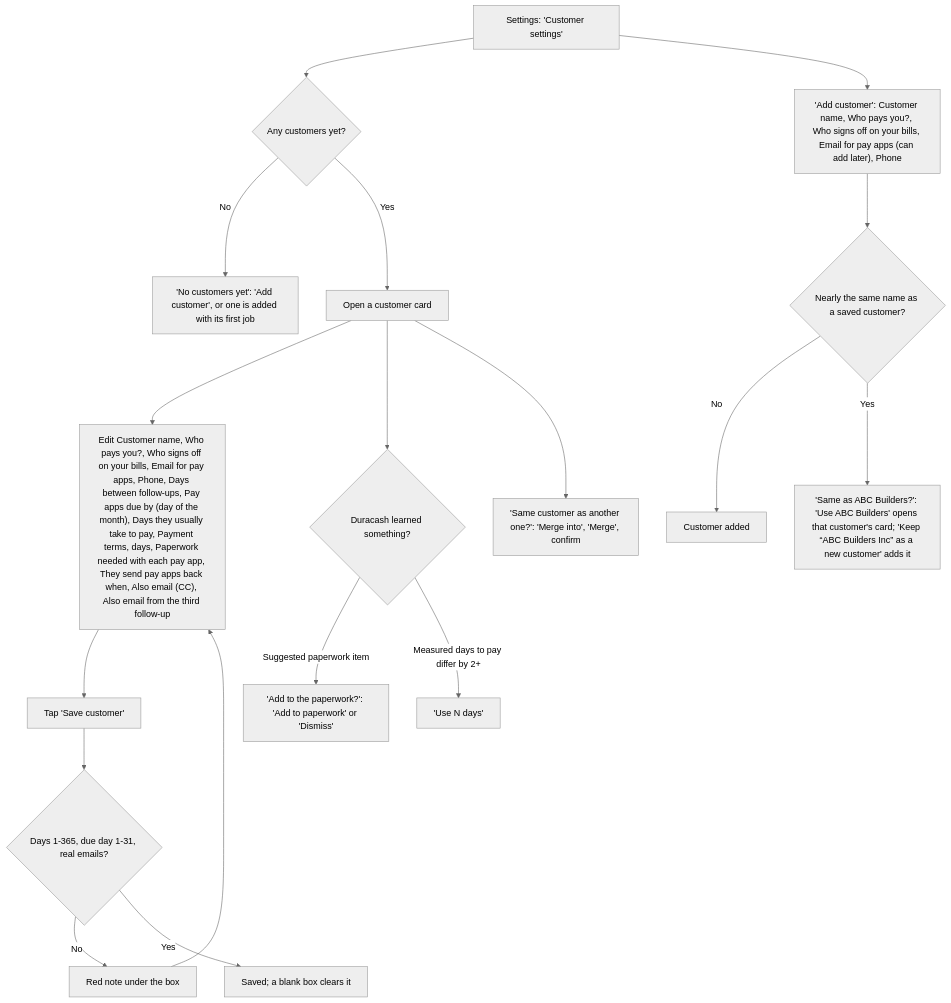
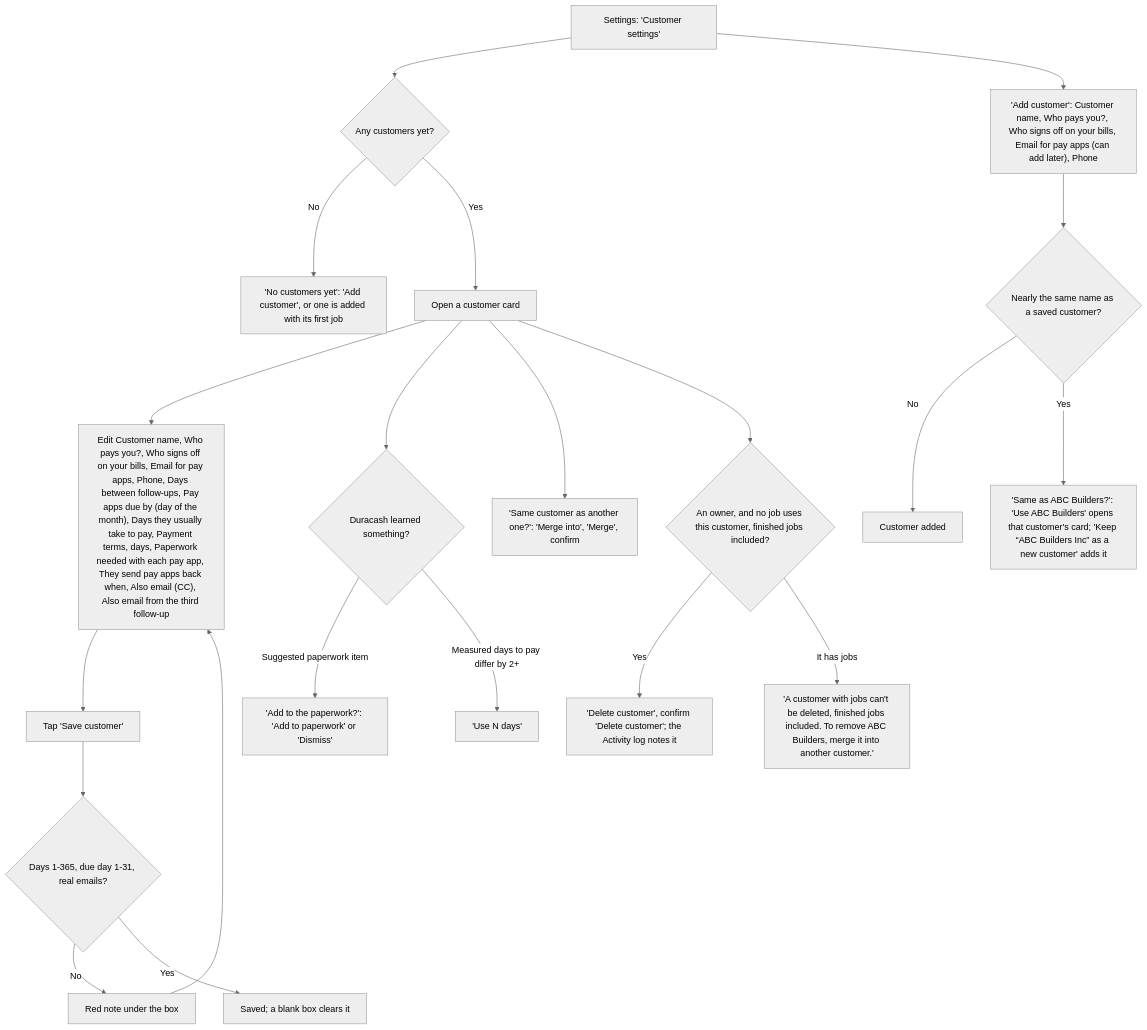
Before and after one commit to cartwrightstephen/billdable: diagram 15 of 15 in docs/client-flows.md, drawn with Mermaid (neutral theme). The commit also changed other lines of this file and 9 other files, not shown here.

First line of the commit message:
Delete customer, for a customer no job uses

````diff
--- a/docs/client-flows.md
+++ b/docs/client-flows.md
@@ -531,20 +531,23 @@
 ```mermaid
 flowchart TD
     A["Settings: 'Customer settings'"] --> B{"Any customers yet?"}
     B -->|"No"| C["'No customers yet': 'Add customer', or one is added with its first job"]
     B -->|"Yes"| D["Open a customer card"]
     A --> AC["'Add customer': Customer name, Who pays you?, Who signs off on your bills, Email for pay apps (can add later), Phone"]
     AC --> AN{"Nearly the same name as a saved customer?"}
     AN -->|"No"| AD["Customer added"]
     AN -->|"Yes"| AQ["'Same as ABC Builders?': 'Use ABC Builders' opens that customer's card; 'Keep “ABC Builders Inc” as a new customer' adds it"]
     D --> E["Edit Customer name, Who pays you?, Who signs off on your bills, Email for pay apps, Phone, Days between follow-ups, Pay apps due by (day of the month), Days they usually take to pay, Payment terms, days, Paperwork needed with each pay app, They send pay apps back when, Also email (CC), Also email from the third follow-up"]
     E --> F["Tap 'Save customer'"]
     F --> G{"Days 1-365, due day 1-31, real emails?"}
     G -->|"No"| H["Red note under the box"]
     H --> E
     G -->|"Yes"| I["Saved; a blank box clears it"]
     D --> J{"Duracash learned something?"}
     J -->|"Suggested paperwork item"| K["'Add to the paperwork?': 'Add to paperwork' or 'Dismiss'"]
     J -->|"Measured days to pay differ by 2+"| L["'Use N days'"]
     D --> MG["'Same customer as another one?': 'Merge into', 'Merge', confirm"]
+    D --> DL{"An owner, and no job uses this customer, finished jobs included?"}
+    DL -->|"Yes"| DY["'Delete customer', confirm 'Delete customer'; the Activity log notes it"]
+    DL -->|"It has jobs"| DN["'A customer with jobs can't be deleted, finished jobs included. To remove ABC Builders, merge it into another customer.'"]
 ```
````
